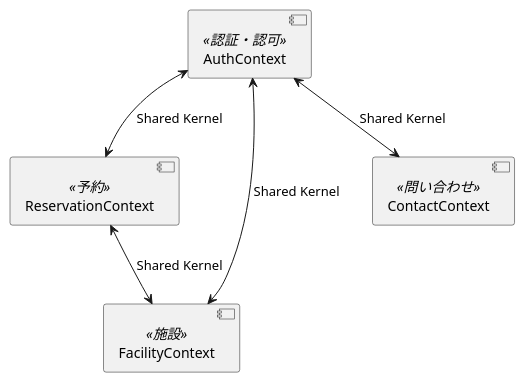
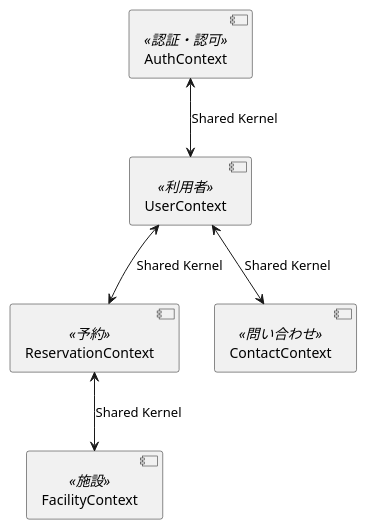
One commit to k2works/case-study-mrs changed diagram 20 of 31 in docs/index.adoc. Above: the diagram before and after it, drawn with PlantUML. The commit also changed other lines of this file, not shown here.

```diff
--- a/docs/index.adoc
+++ b/docs/index.adoc
@@ -658,17 +658,19 @@
 [plantuml]
 ----
 skinparam componentStyle uml2
 
 component [AuthContext] <<認証・認可>>
+component [UserContext] <<利用者>>
 component [ReservationContext] <<予約>>
 component [FacilityContext] <<施設>>
 component [ContactContext] <<問い合わせ>>
 
-[AuthContext]<-->[ReservationContext] : Shared Kernel
+[AuthContext]<-->[UserContext] : Shared Kernel
 
-[AuthContext]<-->[FacilityContext] : Shared Kernel
+[UserContext]<-->[ReservationContext] : Shared Kernel
 
-[AuthContext]<-->[ContactContext] : Shared Kernel
+[UserContext]<-->[ContactContext] : Shared Kernel
 
 [ReservationContext]<-->[FacilityContext] : Shared Kernel
+
 ----
```
